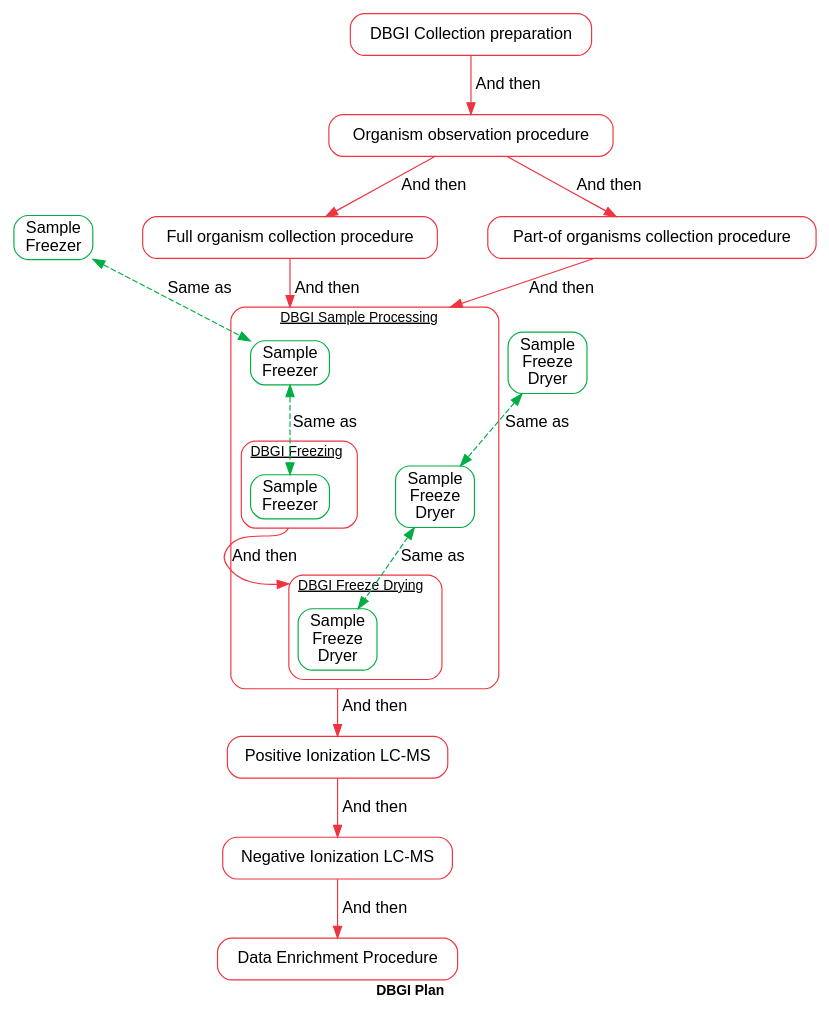
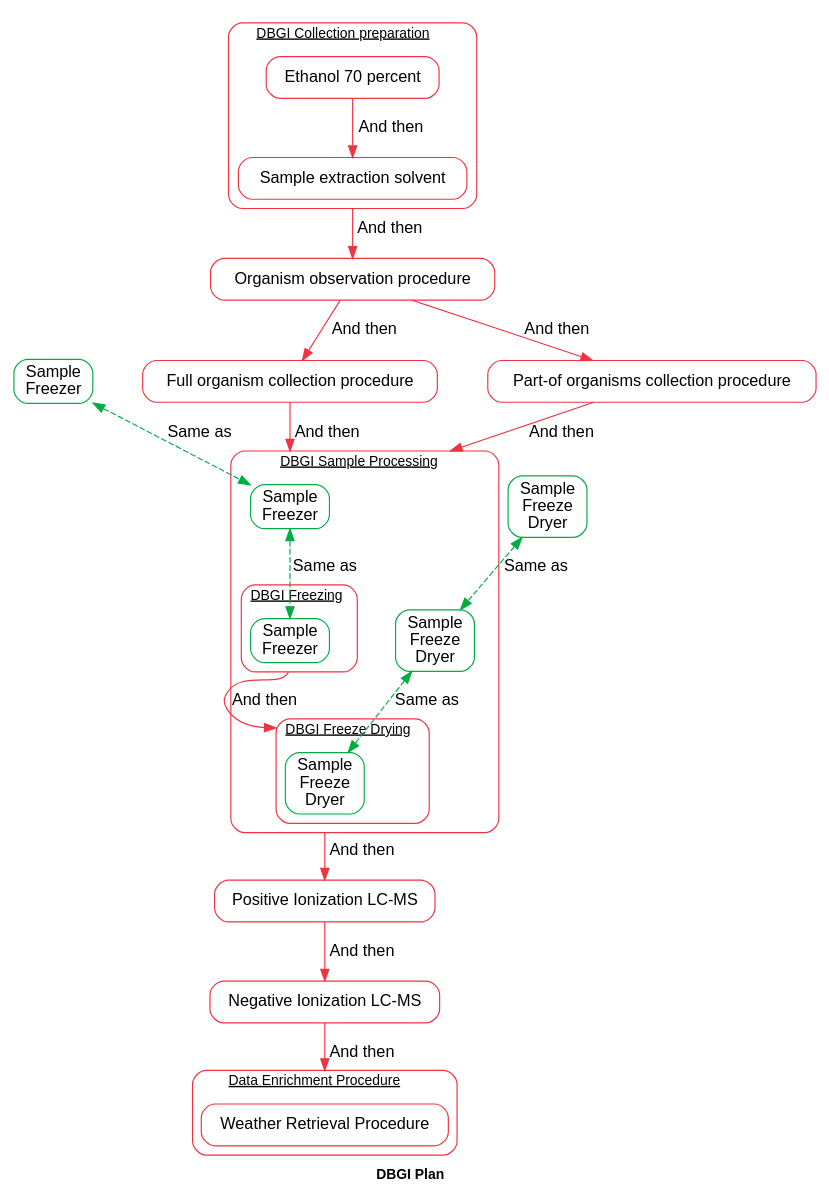
Before and after one commit to earth-metabolome-initiative/emi-monorepo: the diagram in data_migrations/init_migration/test_init_migration.dot, drawn with Graphviz. The commit also changed 1 other file, not shown here.

```diff
--- a/data_migrations/init_migration/test_init_migration.dot
+++ b/data_migrations/init_migration/test_init_migration.dot
@@ -1,55 +1,67 @@
 digraph G {
 	graph [
 		label=<<B>DBGI Plan</B>>,
 		fontname="Helvetica",
 		fontsize=12,
 		bgcolor=white,
 		splines=true,
 		nodesep=0.6,
 		concentrate=true,
 		compound=true,
 	];
 	node [style=rounded, fontname="Helvetica"];
 	edge [fontname="Helvetica"];
     T5 [label="Sample\nFreezer", shape=box, color="#00ad43"];
     T6 [label="Sample\nFreeze\nDryer", shape=box, color="#00ad43"];
     T5 -> T3 [dir=both, style=dashed, color="#00ad43", label="Same as"];
     T6 -> T4 [dir=both, style=dashed, color="#00ad43", label="Same as"];
-    P2 [label="DBGI Collection preparation", shape=box, color="#EF3340"];
+subgraph cluster__0 {
+	label=<<U>DBGI Collection preparation</U>>;
+	style="rounded";
+	color="#EF3340";
+	P3 [label="Ethanol 70 percent", shape=box, color="#EF3340"];
+	P4 [label="Sample extraction solvent", shape=box, color="#EF3340"];
+    P3:s -> P4:n [label="And then", color="#EF3340"];
+}
 subgraph cluster__1 {
 	label=<<U>DBGI Sample Processing</U>>;
 	style="rounded";
 	color="#EF3340";
     T3 [label="Sample\nFreezer", shape=box, color="#00ad43"];
     T4 [label="Sample\nFreeze\nDryer", shape=box, color="#00ad43"];
     T3 -> T1 [dir=both, style=dashed, color="#00ad43", label="Same as"];
     T4 -> T2 [dir=both, style=dashed, color="#00ad43", label="Same as"];
 subgraph cluster__1_0 {
 	label=<<U>DBGI Freezing</U>>;
 	style="rounded";
 	color="#EF3340";
     T1 [label="Sample\nFreezer", shape=box, color="#00ad43"];
 }
 subgraph cluster__1_1 {
 	label=<<U>DBGI Freeze Drying</U>>;
 	style="rounded";
 	color="#EF3340";
     T2 [label="Sample\nFreeze\nDryer", shape=box, color="#00ad43"];
 }
     T1:s -> T2:n [label="And then", color="#EF3340", ltail=cluster__1_0, lhead=cluster__1_1];
 }
     P8 [label="Positive Ionization LC-MS", shape=box, color="#EF3340"];
     P9 [label="Negative Ionization LC-MS", shape=box, color="#EF3340"];
     P10 [label="Organism observation procedure", shape=box, color="#EF3340"];
     P11 [label="Full organism collection procedure", shape=box, color="#EF3340"];
     P12 [label="Part-of organisms collection procedure", shape=box, color="#EF3340"];
-    P13 [label="Data Enrichment Procedure", shape=box, color="#EF3340"];
-    P2 -> P10 [label="And then", color="#EF3340"];
+subgraph cluster__7 {
+	label=<<U>Data Enrichment Procedure</U>>;
+	style="rounded";
+	color="#EF3340";
+	P14 [label="Weather Retrieval Procedure", shape=box, color="#EF3340"];
+}
+    P4 -> P10 [label="And then", color="#EF3340", ltail=cluster__0];
     T2 -> P8 [label="And then", color="#EF3340", ltail=cluster__1];
     P8 -> P9 [label="And then", color="#EF3340"];
-    P9 -> P13 [label="And then", color="#EF3340"];
+    P9 -> P14 [label="And then", color="#EF3340", lhead=cluster__7];
     P10 -> P11 [label="And then", color="#EF3340"];
     P10 -> P12 [label="And then", color="#EF3340"];
     P11 -> T3 [label="And then", color="#EF3340", lhead=cluster__1];
     P12 -> T3 [label="And then", color="#EF3340", lhead=cluster__1];
 }
```
